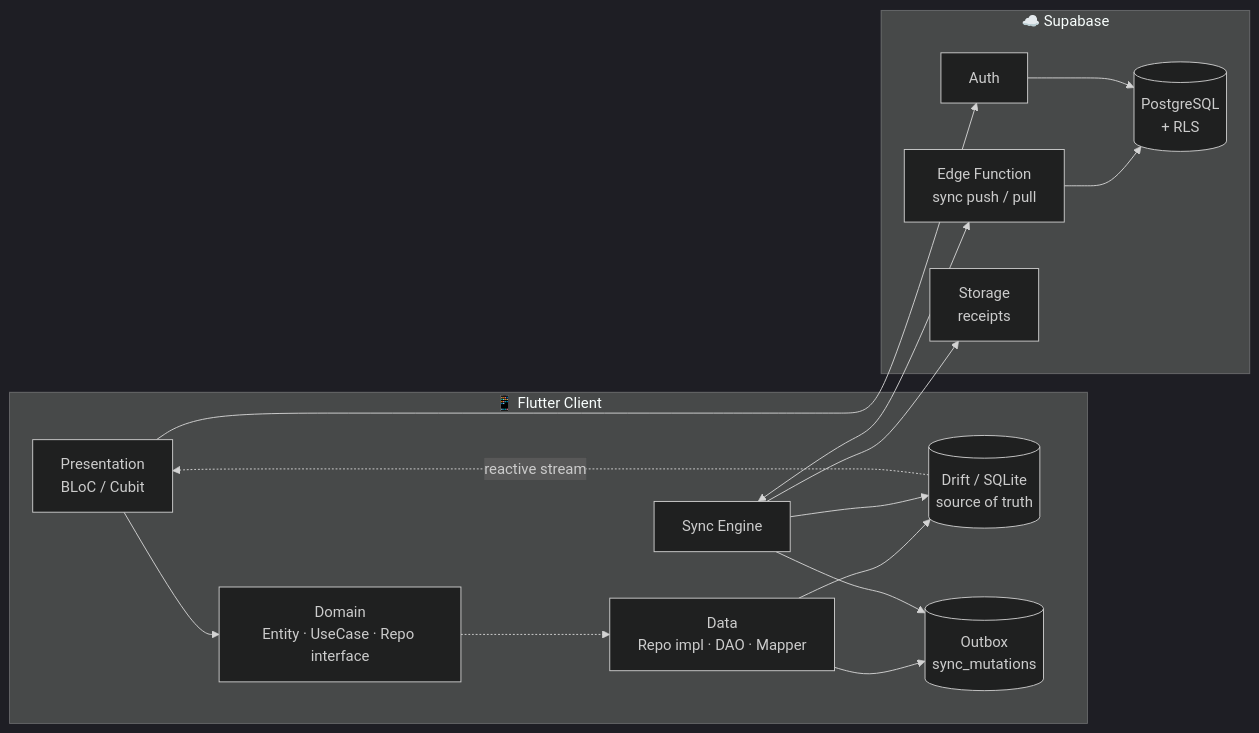
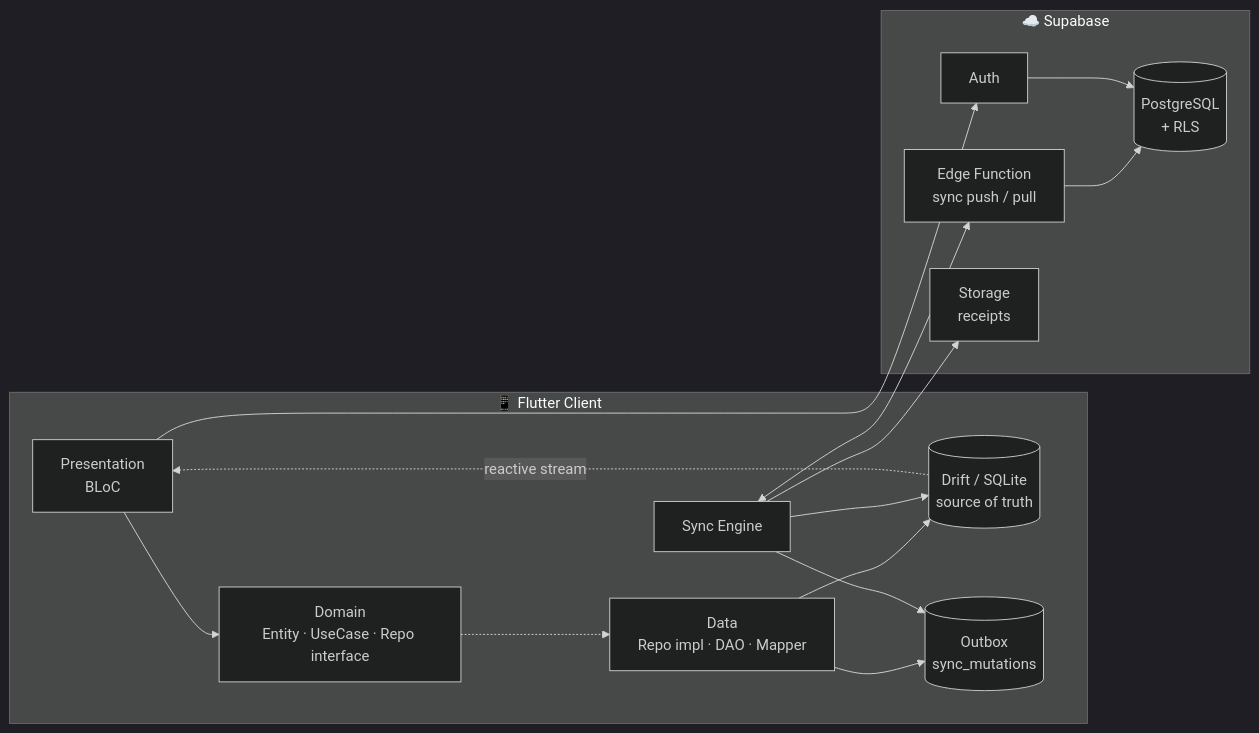
One commit to nggiahuy09/gh-pockit changed the first of 5 diagrams in docs/system-design.md. Above: the diagram before and after it, drawn with Mermaid (dark theme). The commit also changed other lines of this file and 7 other files, not shown here.

````diff
--- a/docs/system-design.md
+++ b/docs/system-design.md
@@ -28,31 +28,31 @@
 ```mermaid
 flowchart LR
     subgraph Device["📱 Flutter Client"]
-        UI[Presentation<br/>BLoC / Cubit]
+        UI[Presentation<br/>BLoC]
         DOM[Domain<br/>Entity · UseCase · Repo interface]
         DATA[Data<br/>Repo impl · DAO · Mapper]
         DB[(Drift / SQLite<br/>source of truth)]
         OUT[(Outbox<br/>sync_mutations)]
         ENG[Sync Engine]
         UI --> DOM
         DOM -.-> DATA
         DATA --> DB
         DATA --> OUT
         ENG --> OUT
         ENG --> DB
         DB -. reactive stream .-> UI
     end
 
     subgraph Cloud["☁️ Supabase"]
         AUTH[Auth]
         PG[(PostgreSQL<br/>+ RLS)]
         FN[Edge Function<br/>sync push / pull]
         ST[Storage<br/>receipts]
     end
 
     ENG <--> FN
     FN --> PG
     UI --> AUTH
     AUTH --> PG
     ENG --> ST
 ```
````
